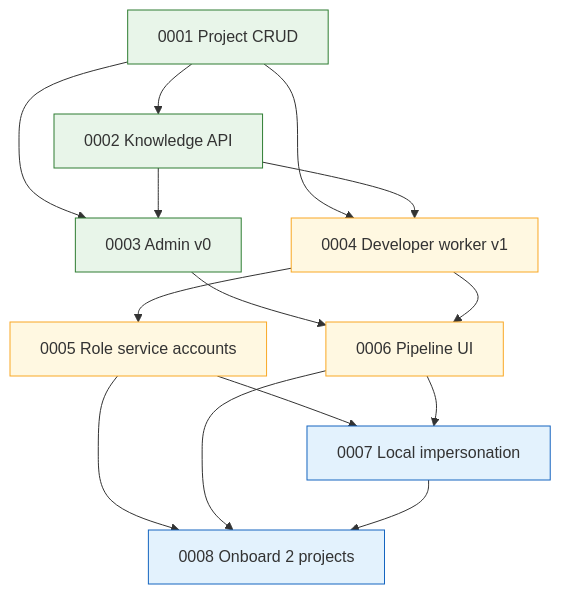
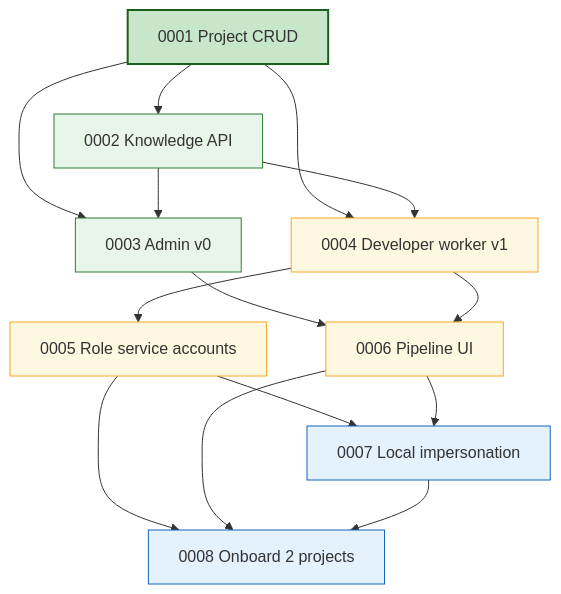
Before and after one commit to coder-devx/coder-system: the diagram in system/product-specs/ROADMAP.md, drawn with Mermaid. The commit also changed other lines of this file and 3 other files, not shown here.

````diff
--- a/system/product-specs/ROADMAP.md
+++ b/system/product-specs/ROADMAP.md
@@ -151,32 +155,34 @@
 ```mermaid
 flowchart TB
   s1["0001 Project CRUD"]
   s2["0002 Knowledge API"]
   s3["0003 Admin v0"]
   s4["0004 Developer worker v1"]
   s5["0005 Role service accounts"]
   s6["0006 Pipeline UI"]
   s7["0007 Local impersonation"]
   s8["0008 Onboard 2 projects"]
 
   s1 --> s2
   s1 --> s3
   s1 --> s4
   s2 --> s3
   s2 --> s4
   s3 --> s6
   s4 --> s5
   s4 --> s6
   s5 --> s7
   s6 --> s7
   s5 --> s8
   s6 --> s8
   s7 --> s8
 
+  classDef shipped fill:#c8e6c9,stroke:#1b5e20,stroke-width:2px
   classDef now fill:#e8f5e9,stroke:#2e7d32
   classDef next fill:#fff8e1,stroke:#f9a825
   classDef later fill:#e3f2fd,stroke:#1565c0
-  class s1,s2,s3 now
+  class s1 shipped
+  class s2,s3 now
   class s4,s5,s6 next
   class s7,s8 later
 ```
````
